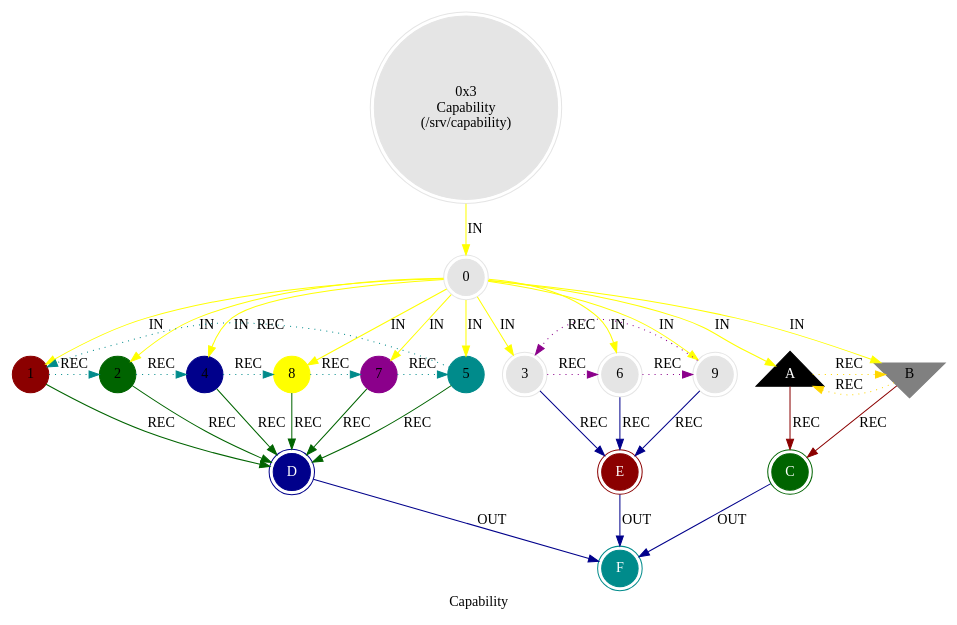
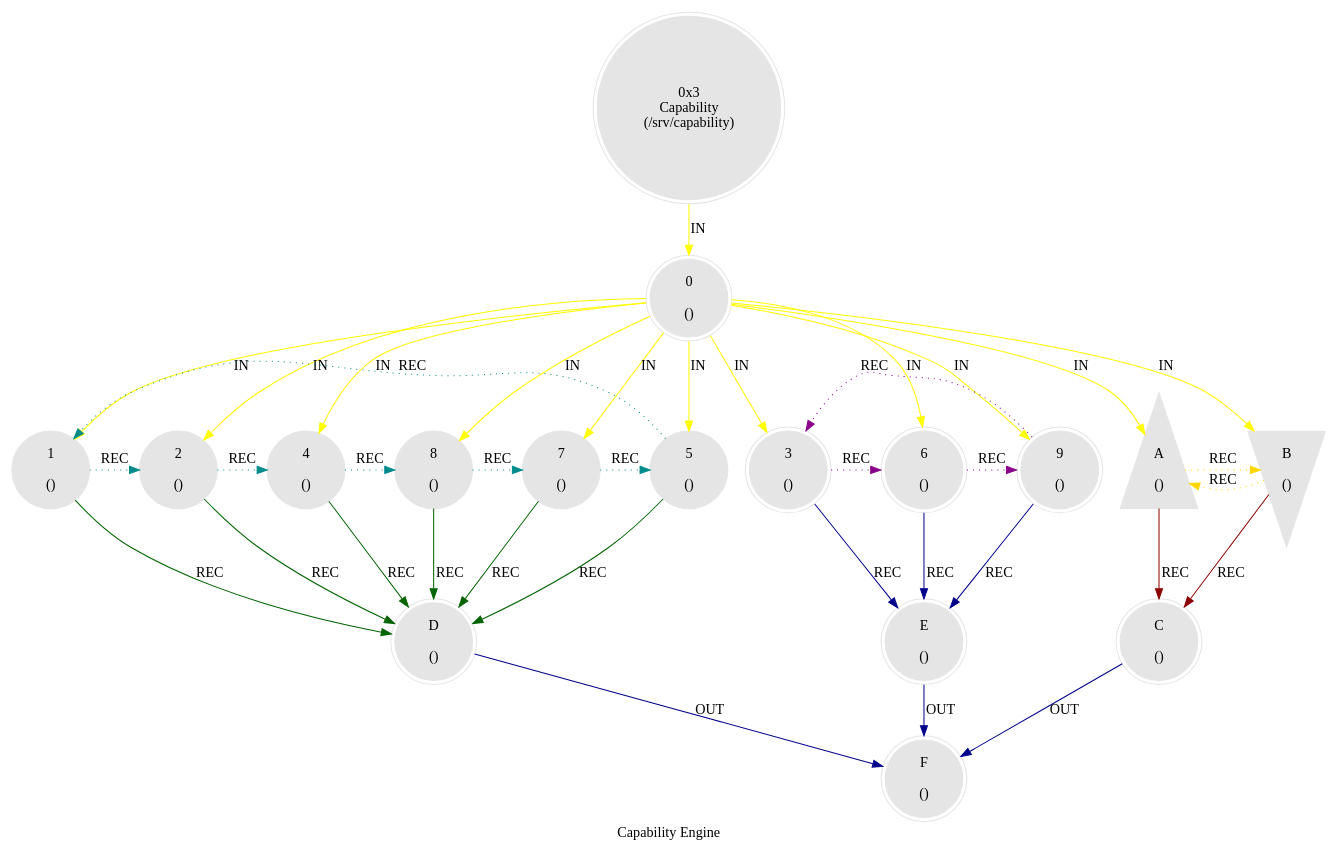
Before and after one commit to cilang/mythos: the diagram in src/core/mythos_sys_capability.dot, drawn with Graphviz. The commit also changed 17 other files, not shown here.

```diff
--- a/src/core/mythos_sys_capability.dot
+++ b/src/core/mythos_sys_capability.dot
@@ -1,44 +1,44 @@
 digraph G {
-    label = "Capability";
+    label = "Capability Engine";
     style = filled;
     color = red;
     comment = "";
     node [shape = polygon; sides = 6; style = filled; color = grey90;];
     
     spark_3_mythos_t [label = "0x3\nCapability\n(/srv/capability)";shape = doublecircle;];
     
     // The Sacred 3-6-9 (Boundary of Perception).
     // "If you knew the magnificence of 3, 6, and 9, you would have a key to the universe." — Tesla.
     // The 1-2-4-8-7-5 Vortex (Boundary of Comprehension).
-    spark_0_capability_t [label = "0";shape = doublecircle;comment = "";];
-    spark_1_capability_t [label = "1";shape = circle;color = darkred;comment = "";];
-    spark_2_capability_t [label = "2";shape = circle;color = darkgreen;comment = "";];
-    spark_4_capability_t [label = "4";shape = circle;color = darkblue;comment = "";];
-    spark_8_capability_t [label = "8";shape = circle;color = yellow;comment = "";];
-    spark_7_capability_t [label = "7";shape = circle;color = darkmagenta;comment = "";];
-    spark_5_capability_t [label = "5";shape = circle;color = darkcyan;comment = "";];
-    spark_3_capability_t [label = "3";shape = doublecircle;comment = "";];
-    spark_6_capability_t [label = "6";shape = doublecircle;comment = "";];
-    spark_9_capability_t [label = "9";shape = doublecircle;comment = "";];
-    spark_a_capability_t [label = "A";shape = triangle;color = black;fontcolor = white;comment = "";];
-    spark_b_capability_t [label = "B";shape = invtriangle;color = grey;comment = "";];
-    spark_c_capability_t [label = "C";shape = doublecircle;color = darkgreen;style = filled;fontcolor = white;];
-    spark_d_capability_t [label = "D";shape = doublecircle;color = darkblue;style = filled;fontcolor = white;];
-    spark_e_capability_t [label = "E";shape = doublecircle;color = darkred;style = filled;fontcolor = white;];
-    spark_f_capability_t [label = "F";shape = doublecircle;color = darkcyan;style = filled;fontcolor = white;];
+    spark_0_capability_t [label = "0\n\n()";shape = doublecircle;comment = "";];
+    spark_1_capability_t [label = "1\n\n()";shape = circle;comment = "";];
+    spark_2_capability_t [label = "2\n\n()";shape = circle;comment = "";];
+    spark_4_capability_t [label = "4\n\n()";shape = circle;comment = "";];
+    spark_8_capability_t [label = "8\n\n()";shape = circle;comment = "";];
+    spark_7_capability_t [label = "7\n\n()";shape = circle;comment = "";];
+    spark_5_capability_t [label = "5\n\n()";shape = circle;comment = "";];
+    spark_3_capability_t [label = "3\n\n()";shape = doublecircle;comment = "";];
+    spark_6_capability_t [label = "6\n\n()";shape = doublecircle;comment = "";];
+    spark_9_capability_t [label = "9\n\n()";shape = doublecircle;comment = "";];
+    spark_a_capability_t [label = "A\n\n()";shape = triangle;comment = "";];
+    spark_b_capability_t [label = "B\n\n()";shape = invtriangle;comment = "";];
+    spark_c_capability_t [label = "C\n\n()";shape = doublecircle;comment = "";];
+    spark_d_capability_t [label = "D\n\n()";shape = doublecircle;comment = "";];
+    spark_e_capability_t [label = "E\n\n()";shape = doublecircle;comment = "";];
+    spark_f_capability_t [label = "F\n\n()";shape = doublecircle;comment = "";];
     
     // IN = Input
     // OUT = Output
     // REC = Recursion
     spark_3_mythos_t -> spark_0_capability_t -> {spark_a_capability_t spark_b_capability_t spark_1_capability_t spark_2_capability_t spark_3_capability_t spark_4_capability_t spark_5_capability_t spark_6_capability_t spark_7_capability_t spark_8_capability_t spark_9_capability_t} [label = "IN"; color = yellow; comment = "";];
     
     {spark_a_capability_t spark_b_capability_t} -> spark_c_capability_t [label = "REC"; color = darkred; comment = "";];
     {spark_1_capability_t spark_2_capability_t spark_4_capability_t spark_8_capability_t spark_7_capability_t spark_5_capability_t} -> spark_d_capability_t [label = "REC"; color = darkgreen; comment = "";];
     {spark_3_capability_t spark_6_capability_t spark_9_capability_t} -> spark_e_capability_t [label = "REC"; color = darkblue; comment = "";];
     
     spark_1_capability_t -> spark_2_capability_t -> spark_4_capability_t -> spark_8_capability_t -> spark_7_capability_t -> spark_5_capability_t -> spark_1_capability_t [label = "REC"; color = darkcyan; comment = ""; style = dotted; constraint = false;];
     spark_3_capability_t -> spark_6_capability_t -> spark_9_capability_t -> spark_3_capability_t [label = "REC"; color = darkmagenta; comment = ""; style = dotted; constraint = false;];
     spark_a_capability_t -> spark_b_capability_t -> spark_a_capability_t [label = "REC"; color = gold; comment = ""; style = dotted; constraint = false;];
     
     {spark_c_capability_t spark_d_capability_t spark_e_capability_t} -> spark_f_capability_t [label = "OUT"; color = darkblue; comment = "";];
 }
```
